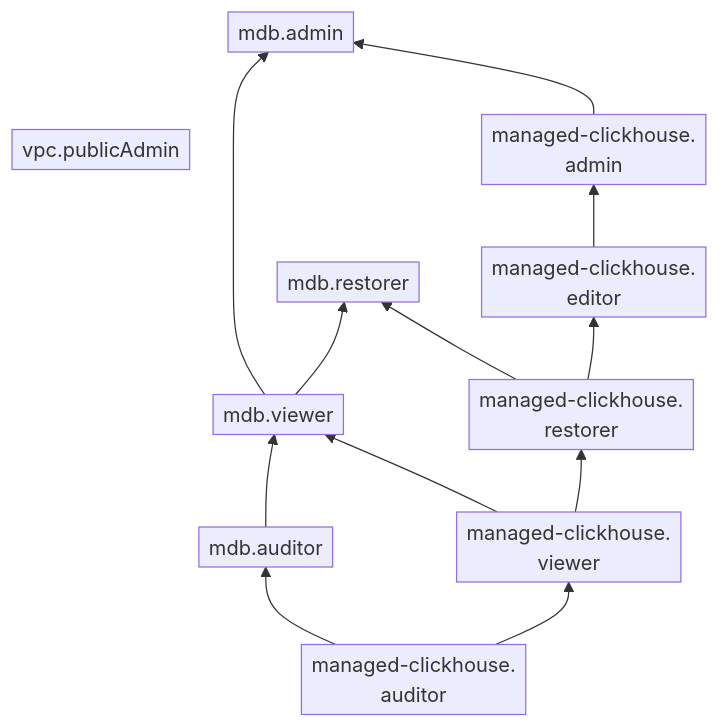
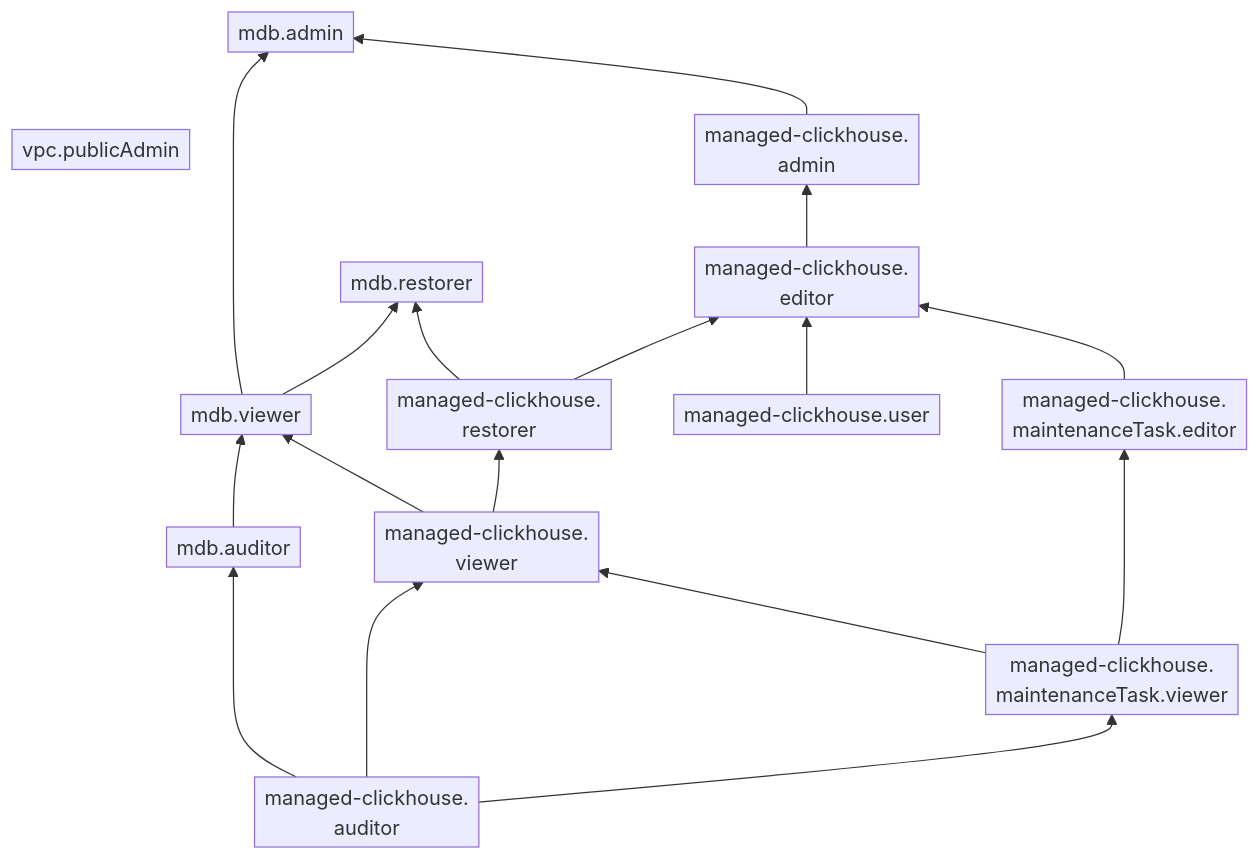
Before and after one commit to yandex-cloud/docs: the diagram in ru/_mermaid/roles/managed-clickhouse.md, drawn with Mermaid. The commit also changed 584 other files, not shown here.

````diff
--- a/ru/_mermaid/roles/managed-clickhouse.md
+++ b/ru/_mermaid/roles/managed-clickhouse.md
@@ -1,22 +1,29 @@
 ```mermaid
 %%{init: { "flowchart": { "padding": 4 } } }%%
 flowchart BT
     vpc.publicAdmin ~~~ mdb.admin
     mdb.viewer ----> mdb.admin
     mdb.viewer --> mdb.restorer
     mdb.restorer ~~~ mdb.admin
     managed-clickhouse.admin["`managed-clickhouse.
     admin`"] --> mdb.admin
     mdb.auditor --> mdb.viewer
     managed-clickhouse.viewer["`managed-clickhouse.
     viewer`"] --> mdb.viewer
     managed-clickhouse.auditor["`managed-clickhouse.
     auditor`"] --> mdb.auditor
     managed-clickhouse.editor["`managed-clickhouse.
     editor`"] --> managed-clickhouse.admin
     managed-clickhouse.restorer["`managed-clickhouse.
     restorer`"] --> mdb.restorer
     managed-clickhouse.restorer --> managed-clickhouse.editor
     managed-clickhouse.viewer --> managed-clickhouse.restorer
+    managed-clickhouse.user --> managed-clickhouse.editor
+    managed-clickhouse.maintenanceTask.editor --> managed-clickhouse.editor
+    managed-clickhouse.maintenanceTask.viewer --> managed-clickhouse.viewer
+    managed-clickhouse.maintenanceTask.viewer --> managed-clickhouse.maintenanceTask.editor["`managed-clickhouse.
+    maintenanceTask.editor`"]
     managed-clickhouse.auditor --> managed-clickhouse.viewer
+    managed-clickhouse.auditor --> managed-clickhouse.maintenanceTask.viewer["`managed-clickhouse.
+    maintenanceTask.viewer`"]
 ```
````
